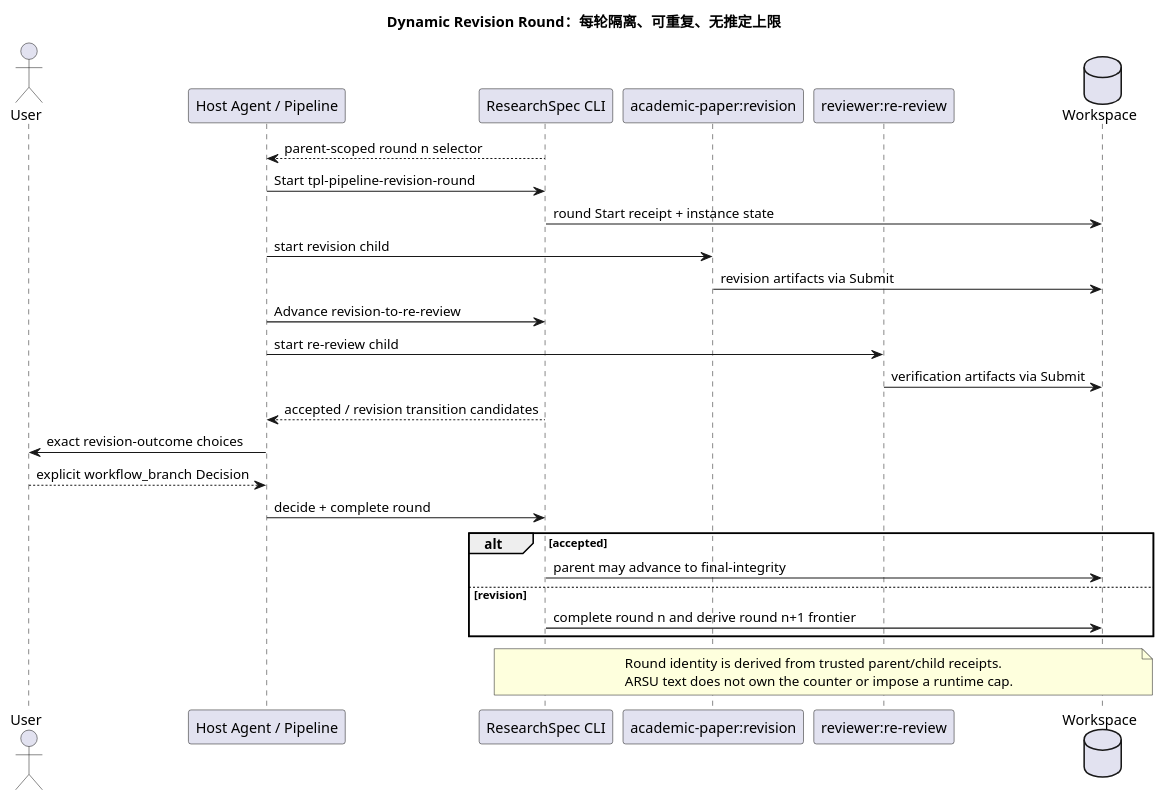
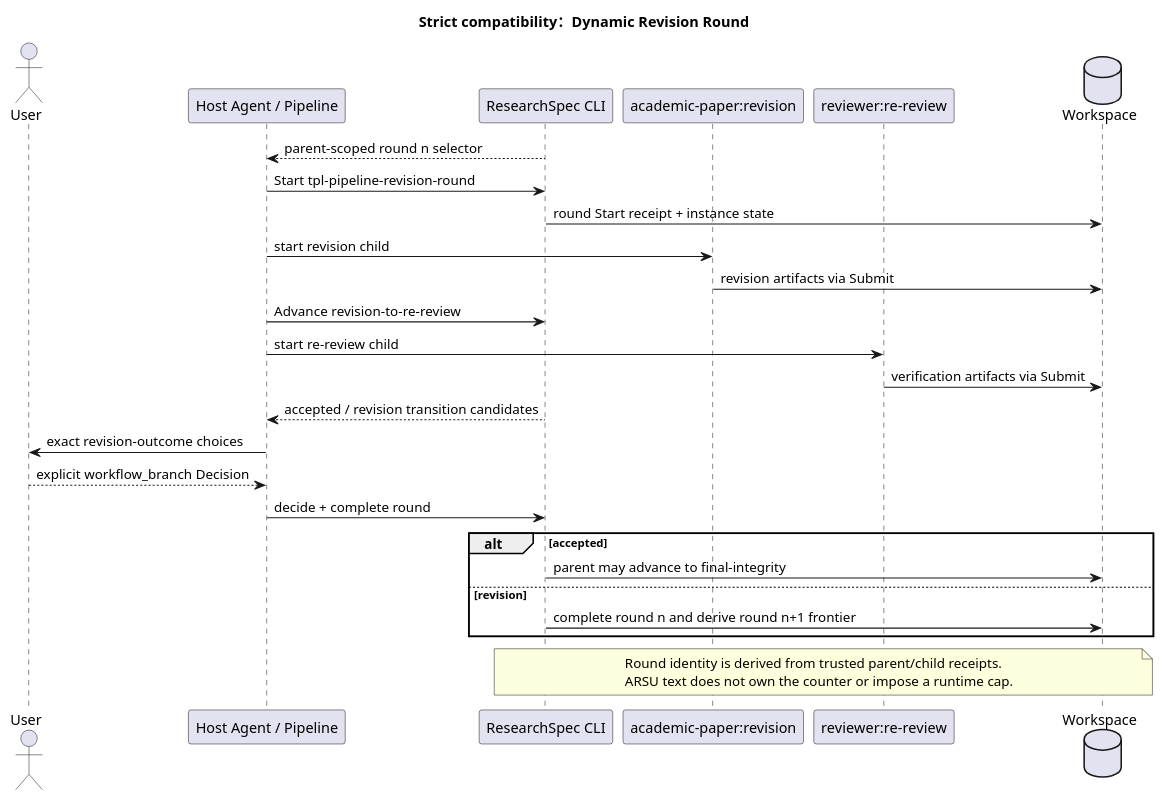
One commit to leike0813/ResearchSpec changed the diagram in docs/researchspec_arsu_runtime/diagrams/src/revision-round.puml. Above: the diagram before and after it, drawn with PlantUML. The commit also changed 114 other files, not shown here.

```diff
--- a/docs/researchspec_arsu_runtime/diagrams/src/revision-round.puml
+++ b/docs/researchspec_arsu_runtime/diagrams/src/revision-round.puml
@@ -1,32 +1,32 @@
 @startuml
-title Dynamic Revision Round：每轮隔离、可重复、无推定上限
+title Strict compatibility：Dynamic Revision Round
 skinparam shadowing false
 actor User
 participant "Host Agent / Pipeline" as Agent
 participant "ResearchSpec CLI" as CLI
 participant "academic-paper:revision" as Revise
 participant "reviewer:re-review" as ReReview
 database "Workspace" as Files
 
 CLI --> Agent : parent-scoped round n selector
 Agent -> CLI : Start tpl-pipeline-revision-round
 CLI -> Files : round Start receipt + instance state
 Agent -> Revise : start revision child
 Revise -> Files : revision artifacts via Submit
 Agent -> CLI : Advance revision-to-re-review
 Agent -> ReReview : start re-review child
 ReReview -> Files : verification artifacts via Submit
 CLI --> Agent : accepted / revision transition candidates
 Agent -> User : exact revision-outcome choices
 User --> Agent : explicit workflow_branch Decision
 Agent -> CLI : decide + complete round
 alt accepted
   CLI -> Files : parent may advance to final-integrity
 else revision
   CLI -> Files : complete round n and derive round n+1 frontier
 end
 note over CLI,Files
   Round identity is derived from trusted parent/child receipts.
   ARSU text does not own the counter or impose a runtime cap.
 end note
 @enduml
```
